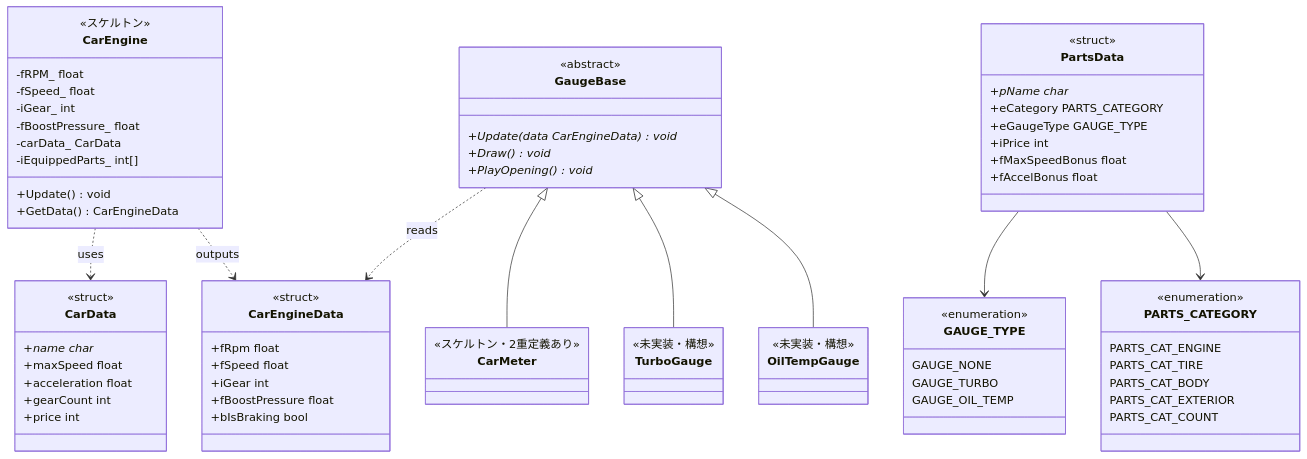
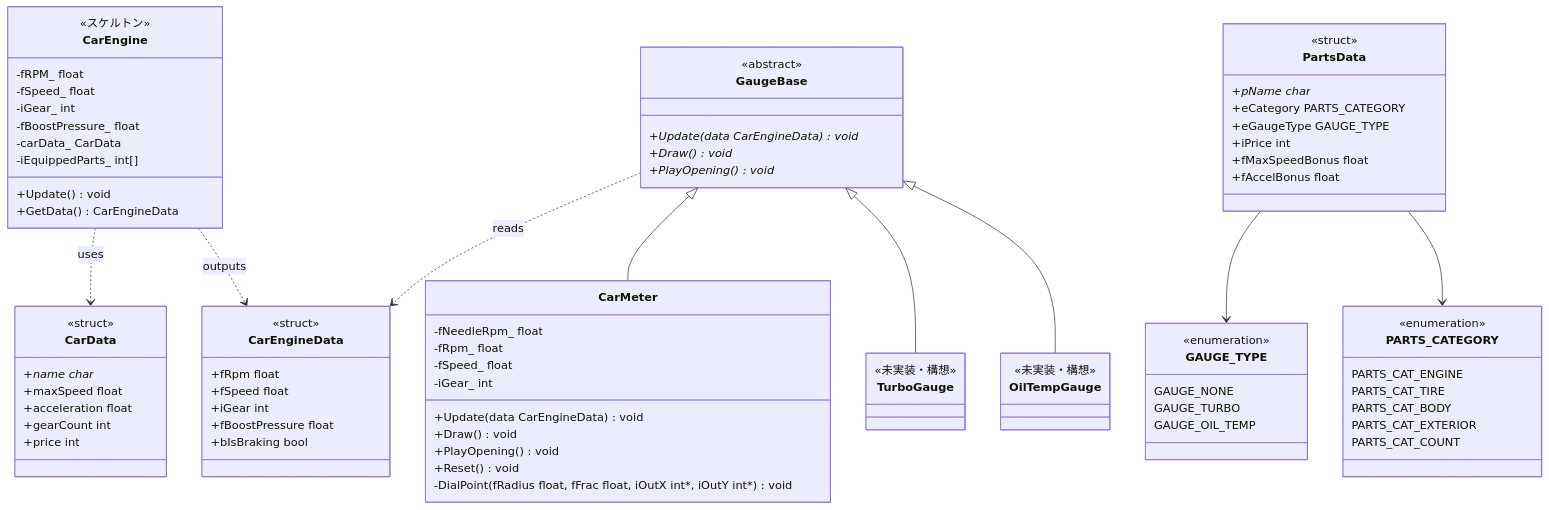
The diagram in spec/uml/diagrams/class.md (asukamekaru98/DragRaceGame2D), drawn with Mermaid before and after one commit. The commit also changed other lines of this file and 8 other files, not shown here.

```diff
--- a/spec/uml/diagrams/class.md
+++ b/spec/uml/diagrams/class.md
@@ -46,7 +46,15 @@
     }
 
     class CarMeter {
-        <<スケルトン・2重定義あり>>
+        -fNeedleRpm_ float
+        -fRpm_ float
+        -fSpeed_ float
+        -iGear_ int
+        +Update(data CarEngineData) void
+        +Draw() void
+        +PlayOpening() void
+        +Reset() void
+        -DialPoint(fRadius float, fFrac float, iOutX int*, iOutY int*) void
     }
 
     class TurboGauge {
```
